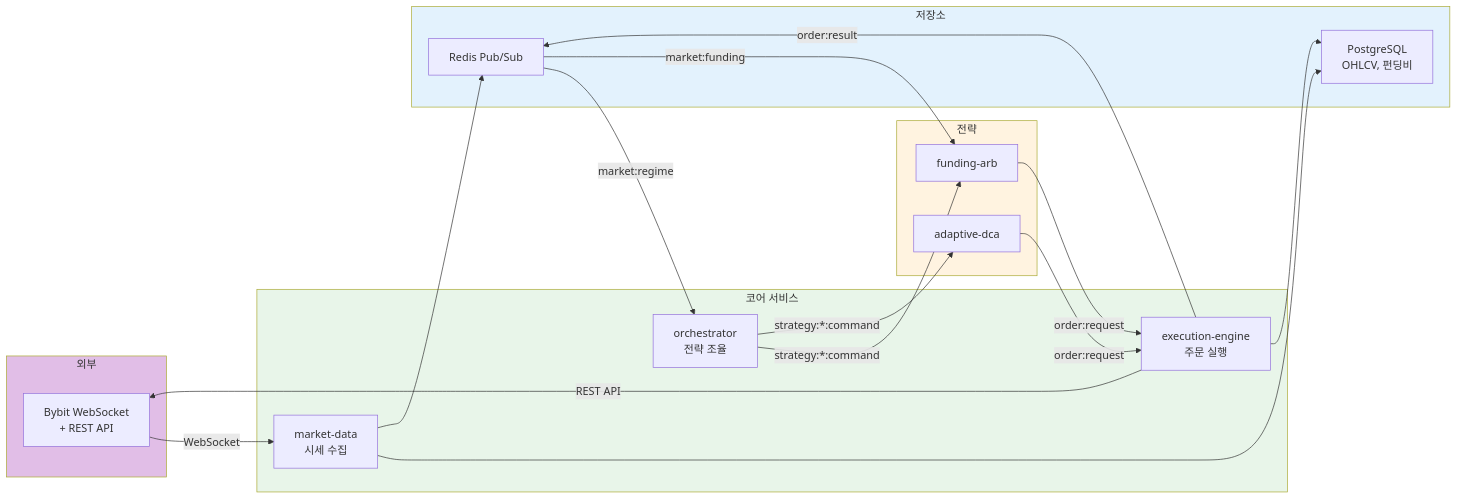
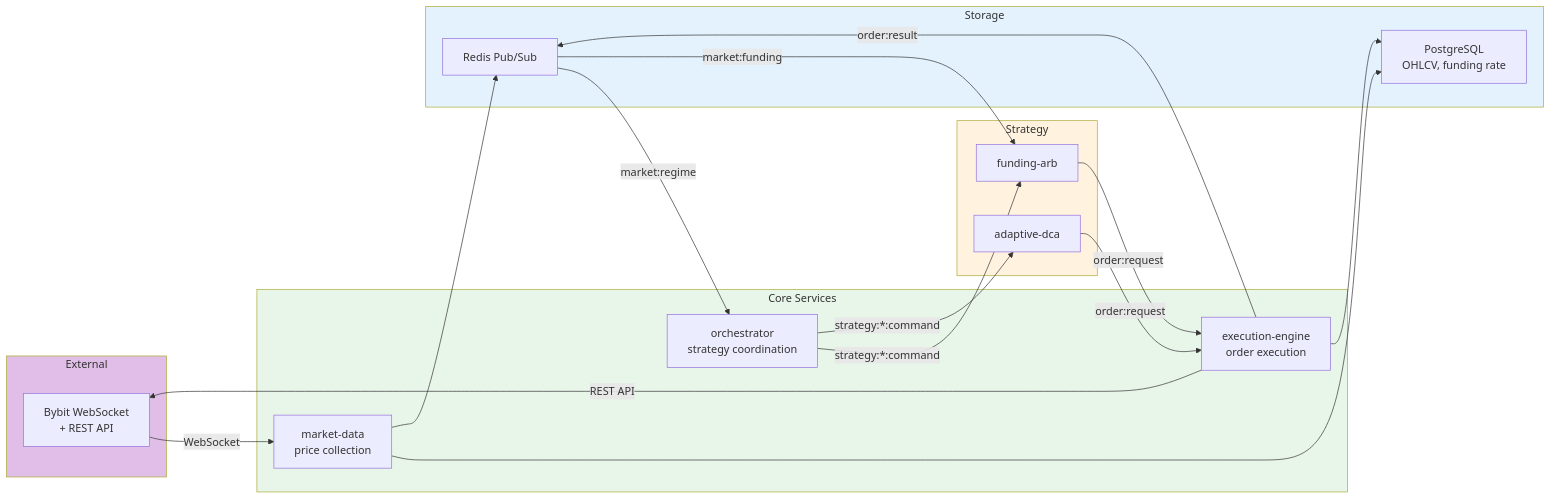
The third of 3 diagrams in cryptoengine/docs/architecture/system-overview.md (Justant-source/Bit-Mania), drawn with Mermaid before and after one commit. The commit also changed other lines of this file and 25 other files, not shown here.

First line of the commit message:
fix(docs): repair Mermaid diagrams for GitHub rendering (30 files)

````diff
--- a/cryptoengine/docs/architecture/system-overview.md
+++ b/cryptoengine/docs/architecture/system-overview.md
@@ -253,40 +253,40 @@
 ```mermaid
 graph LR
-    subgraph ext["외부"]
+    subgraph ext["External"]
         bybit["Bybit WebSocket<br/>+ REST API"]
     end
     
-    subgraph core["코어 서비스"]
-        md["market-data<br/>시세 수집"]
-        orch["orchestrator<br/>전략 조율"]
-        exec["execution-engine<br/>주문 실행"]
+    subgraph core["Core Services"]
+        md["market-data<br/>price collection"]
+        orch["orchestrator<br/>strategy coordination"]
+        exec["execution-engine<br/>order execution"]
     end
     
-    subgraph strat["전략"]
+    subgraph strat["Strategy"]
         fa["funding-arb"]
         dca["adaptive-dca"]
     end
     
-    subgraph storage["저장소"]
-        pg["PostgreSQL<br/>OHLCV, 펀딩비"]
+    subgraph storage["Storage"]
+        pg["PostgreSQL<br/>OHLCV, funding rate"]
         redis["Redis Pub/Sub"]
     end
     
     bybit -->|"WebSocket"| md
     md --> pg
     md --> redis
     redis -->|"market:regime"| orch
     redis -->|"market:funding"| fa
     orch -->|"strategy:*:command"| fa
     orch -->|"strategy:*:command"| dca
     fa -->|"order:request"| exec
     dca -->|"order:request"| exec
     exec -->|"order:result"| redis
     exec -->|"REST API"| bybit
     exec --> pg
     
     style ext fill:#E1BEE7
     style core fill:#E8F5E9
     style strat fill:#FFF3E0
     style storage fill:#E3F2FD
 ```
````
